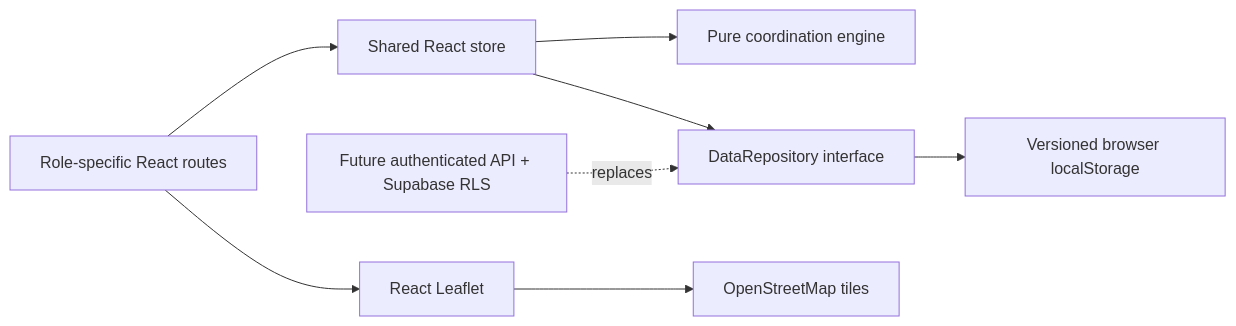
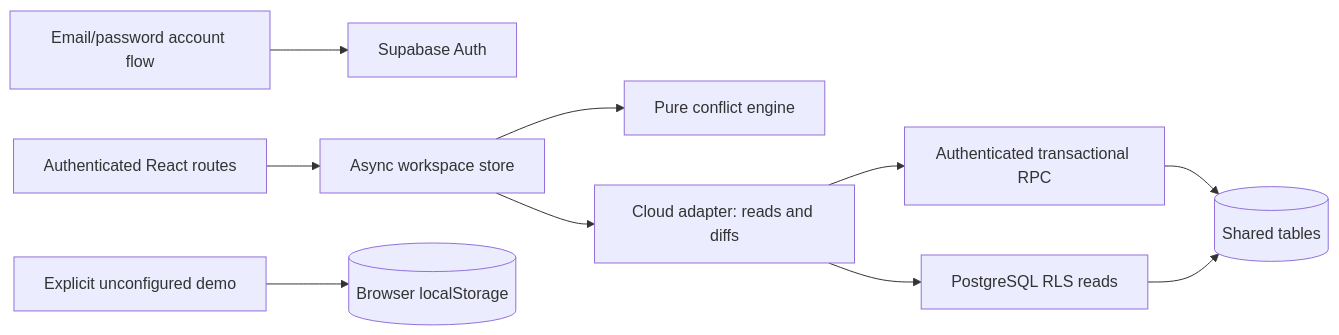
The diagram in ARCHITECTURE.md (poojaaxx/civicsync-smart-city), drawn with Mermaid before and after one commit. The commit also changed other lines of this file and 40 other files, not shown here.

````diff
--- a/ARCHITECTURE.md
+++ b/ARCHITECTURE.md
@@ -5,10 +5,12 @@
 ```mermaid
 flowchart LR
-  UI[Role-specific React routes] --> Store[Shared React store]
-  Store --> Engine[Pure coordination engine]
-  Store --> Repo[DataRepository interface]
-  Repo --> Local[Versioned browser localStorage]
-  UI --> Map[React Leaflet]
-  Map --> OSM[OpenStreetMap tiles]
-  Future[Future authenticated API + Supabase RLS] -. replaces .-> Repo
+  Login[Email/password account flow] --> Auth[Supabase Auth]
+  UI[Authenticated React routes] --> Store[Async workspace store]
+  Store --> Engine[Pure conflict engine]
+  Store --> Adapter[Cloud adapter: reads and diffs]
+  Adapter --> RLS[PostgreSQL RLS reads]
+  Adapter --> RPC[Authenticated transactional RPC]
+  RPC --> DB[(Shared tables)]
+  RLS --> DB
+  Demo[Explicit unconfigured demo] --> Local[(Browser localStorage)]
 ```
````
